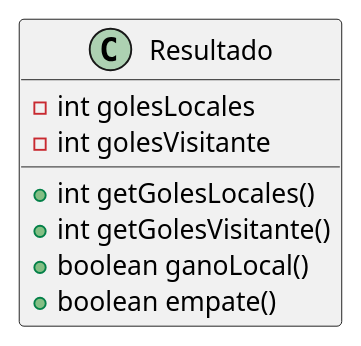
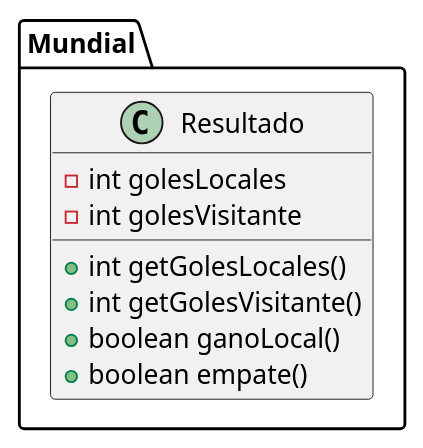
The diagram in TP2/resultado.puml (tatiAndonegui/TrabajoPractico2), drawn with PlantUML before and after one commit. The commit also changed 27 other files, not shown here.

```diff
--- a/TP2/resultado.puml
+++ b/TP2/resultado.puml
@@ -1,10 +1,10 @@
 @startuml
-class Resultado {
+class Mundial.Resultado {
 - int golesLocales
 - int golesVisitante
 + int getGolesLocales()
 + int getGolesVisitante()
 + boolean ganoLocal()
 + boolean empate()
 }
 @enduml
```
